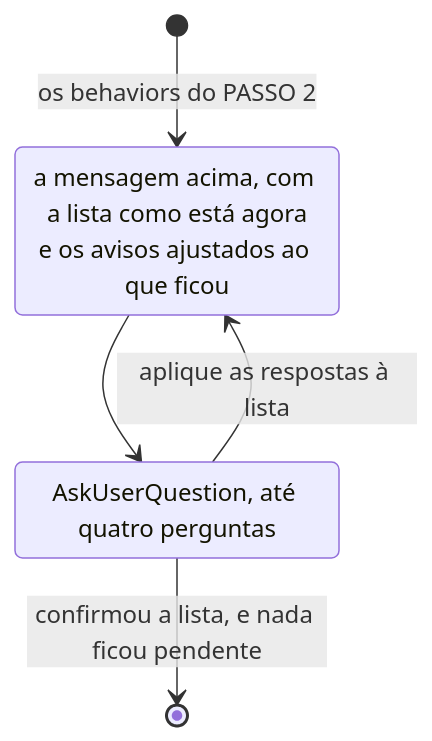
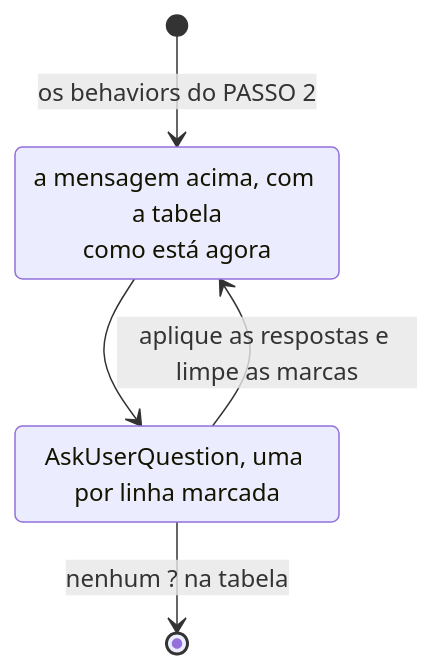
One commit to WilliamRAlvesJr/my-sdd changed the third of 3 diagrams in skills/spec/SKILL.md. Above: the diagram before and after it, drawn with Mermaid. The commit also changed other lines of this file, not shown here.

````diff
--- a/skills/spec/SKILL.md
+++ b/skills/spec/SKILL.md
@@ -150,9 +169,9 @@
 ```mermaid
 stateDiagram-v2
-    state "a mensagem acima, com a lista como está agora<br>e os avisos ajustados ao que ficou" as L
-    state "AskUserQuestion, até quatro perguntas" as S
+    state "a mensagem acima, com a tabela<br>como está agora" as L
+    state "AskUserQuestion, uma por linha marcada" as S
     [*] --> L: os behaviors do PASSO 2
     L --> S
-    S --> L: aplique as respostas à lista
-    S --> [*]: confirmou a lista, e nada ficou pendente
+    S --> L: aplique as respostas e limpe as marcas
+    S --> [*]: nenhum ? na tabela
 ```
````
